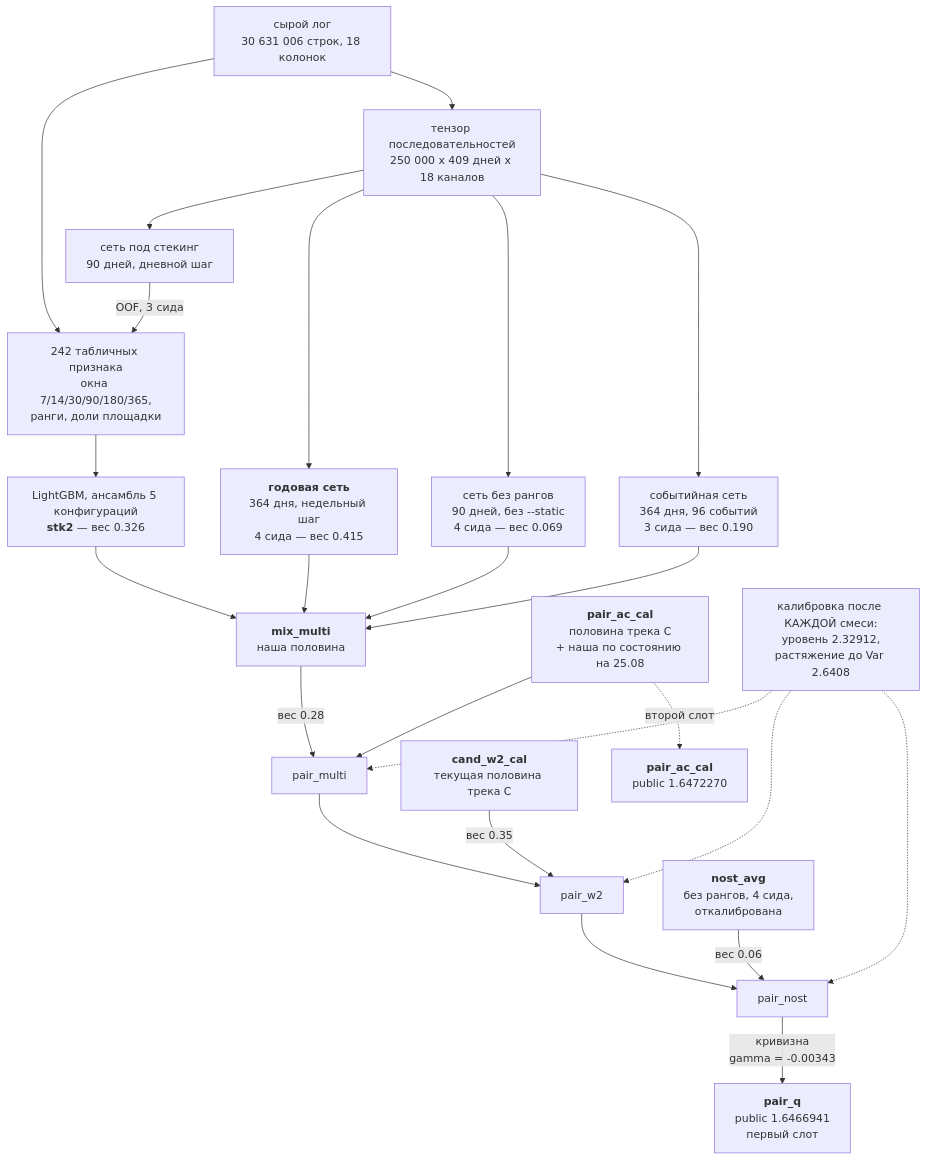
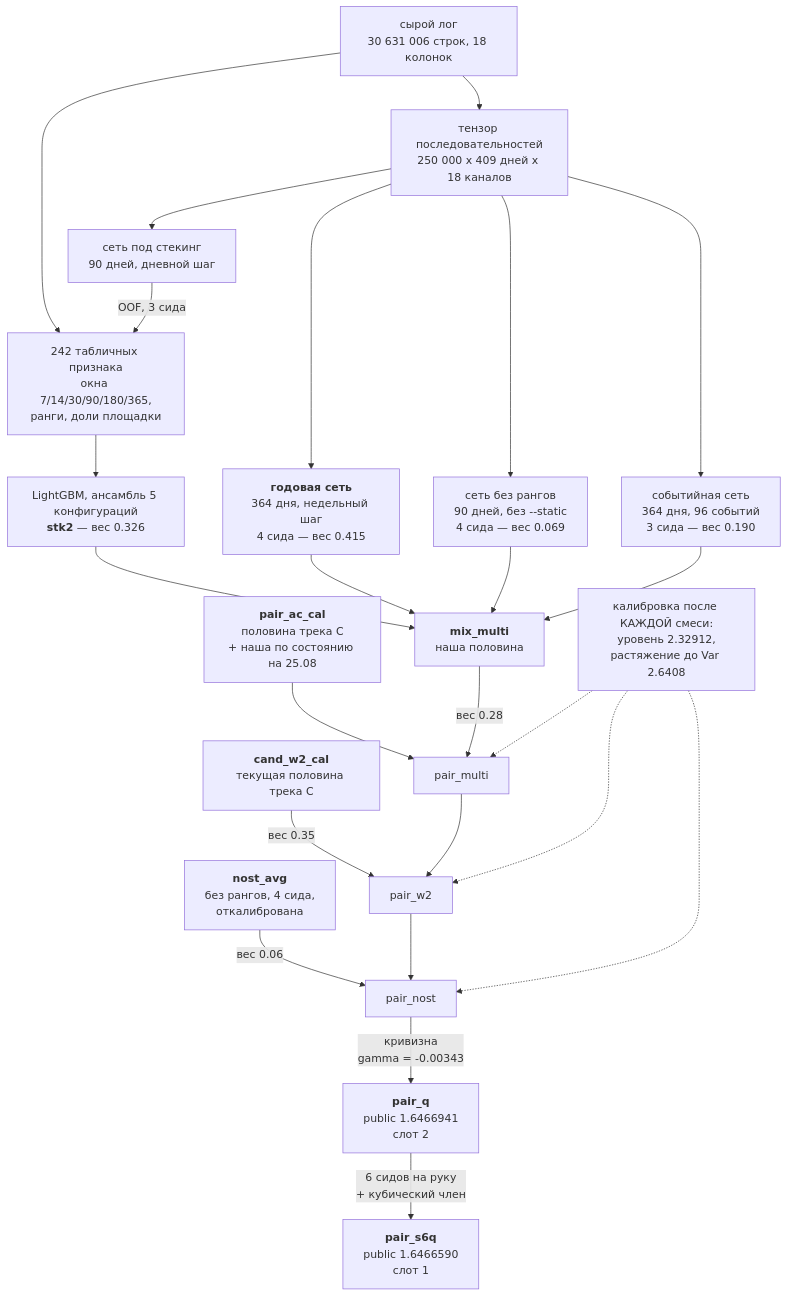
The diagram in docs/jury/README.md (imaO0O/ozon-ml-champ), drawn with Mermaid before and after one commit. The commit also changed other lines of this file and 3 other files, not shown here.

````diff
--- a/docs/jury/README.md
+++ b/docs/jury/README.md
@@ -41,32 +46,32 @@
 ```mermaid
 flowchart TB
     RAW["сырой лог<br/>30 631 006 строк, 18 колонок"]
     RAW --> FEAT["242 табличных признака<br/>окна 7/14/30/90/180/365,<br/>ранги, доли площадки"]
     RAW --> TENS["тензор последовательностей<br/>250 000 x 409 дней x 18 каналов"]
 
     TENS --> NSTK["сеть под стекинг<br/>90 дней, дневной шаг"]
     NSTK -->|"OOF, 3 сида"| FEAT
     FEAT --> GBM["LightGBM, ансамбль 5 конфигураций<br/><b>stk2</b> — вес 0.326"]
 
     TENS --> YEAR["<b>годовая сеть</b><br/>364 дня, недельный шаг<br/>4 сида — вес 0.415"]
     TENS --> NOST["сеть без рангов<br/>90 дней, без --static<br/>4 сида — вес 0.069"]
     TENS --> EV["событийная сеть<br/>364 дня, 96 событий<br/>3 сида — вес 0.190"]
 
     GBM --> MIX["<b>mix_multi</b><br/>наша половина"]
     YEAR --> MIX
     NOST --> MIX
     EV --> MIX
 
     ACC["<b>pair_ac_cal</b><br/>половина трека C<br/>+ наша по состоянию на 25.08"] --> P1
     MIX -->|"вес 0.28"| P1["pair_multi"]
     CW2["<b>cand_w2_cal</b><br/>текущая половина трека C"] -->|"вес 0.35"| P2["pair_w2"]
     P1 --> P2
     NAVG["<b>nost_avg</b><br/>без рангов, 4 сида,<br/>откалибрована"] -->|"вес 0.06"| P3["pair_nost"]
     P2 --> P3
-    P3 -->|"кривизна<br/>gamma = -0.00343"| FIN["<b>pair_q</b><br/>public 1.6466941<br/>первый слот"]
-    ACC -.->|"второй слот"| FIN2["<b>pair_ac_cal</b><br/>public 1.6472270"]
+    P3 -->|"кривизна<br/>gamma = -0.00343"| PQ["<b>pair_q</b><br/>public 1.6466941<br/>слот 2"]
+    PQ -->|"6 сидов на руку<br/>+ кубический член"| FIN["<b>pair_s6q</b><br/>public 1.6466590<br/>слот 1"]
 
     CAL["калибровка после КАЖДОЙ смеси:<br/>уровень 2.32912,<br/>растяжение до Var 2.6408"] -.-> P1
     CAL -.-> P2
     CAL -.-> P3
 ```
````
